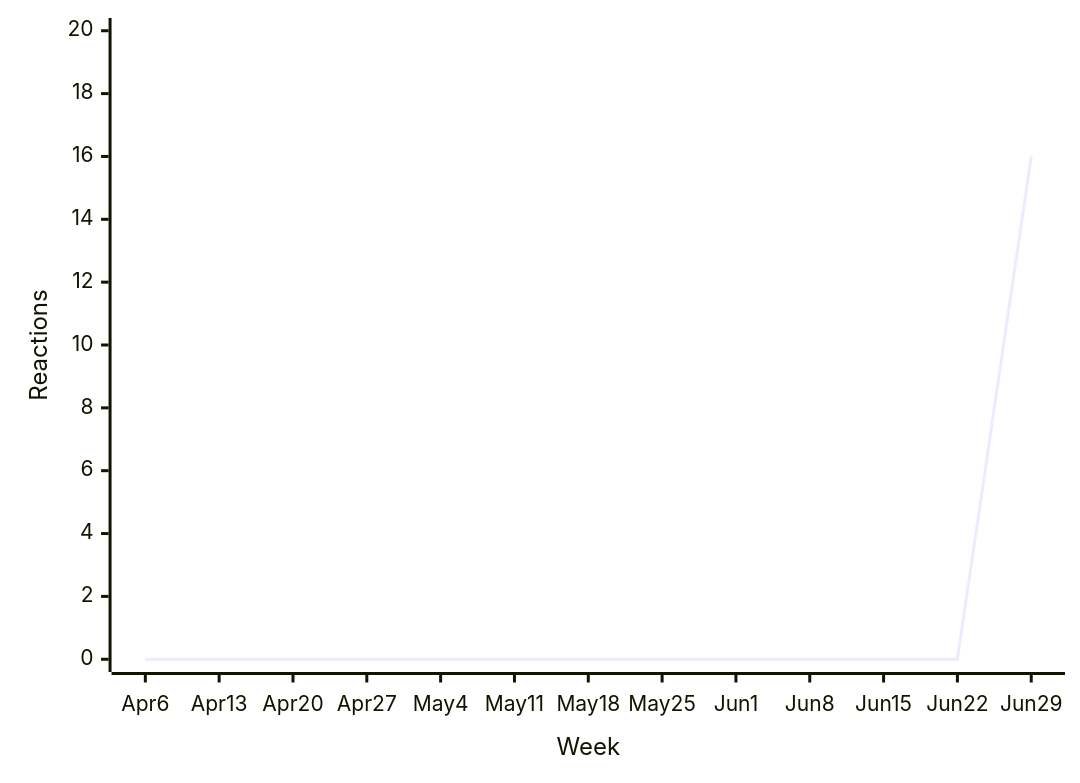
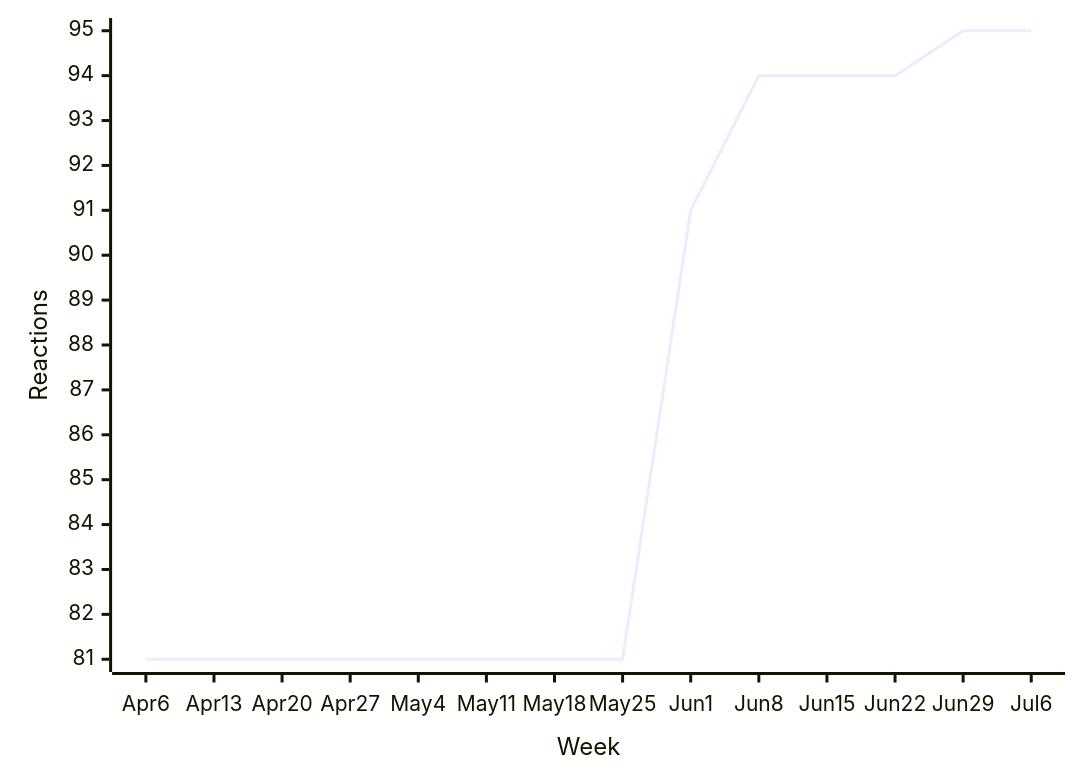
One commit to loic-sharma/github-insights changed diagram 11 of 48 in README.md. Above: the diagram before and after it, drawn with Mermaid. The commit also changed other lines of this file and 3 other files, not shown here.

````diff
--- a/README.md
+++ b/README.md
@@ -509,6 +509,6 @@
   ```mermaid
   xychart-beta
-    x-axis "Week" [Apr 6, Apr 13, Apr 20, Apr 27, May 4, May 11, May 18, May 25, Jun 1, Jun 8, Jun 15, Jun 22, Jun 29]
-    y-axis "Reactions" 0 --> 20
-    line [0, 0, 0, 0, 0, 0, 0, 0, 0, 0, 0, 0, 16]
+    x-axis "Week" [Apr 6, Apr 13, Apr 20, Apr 27, May 4, May 11, May 18, May 25, Jun 1, Jun 8, Jun 15, Jun 22, Jun 29, Jul 6]
+    y-axis "Reactions"
+    line [81, 81, 81, 81, 81, 81, 81, 81, 91, 94, 94, 94, 95, 95]
   ```
````
